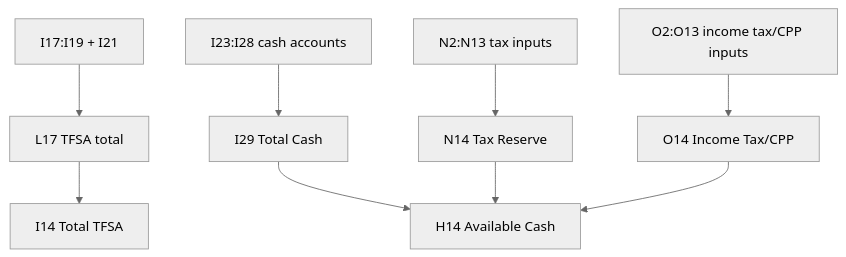
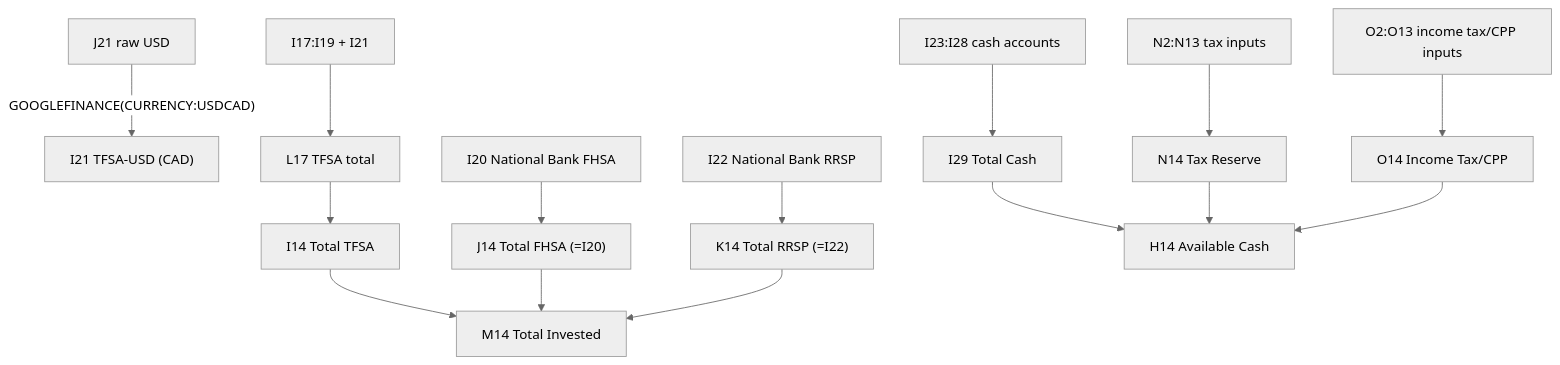
The diagram in docs/03_Google_Sheet_Data_Model.md (Geng-Geng8/personal-finance-assets), drawn with Mermaid (neutral theme) before and after one commit. The commit also changed other lines of this file and 5 other files, not shown here.

Commit message:
docs(wealth): record production state for National Bank Wealth editing release

````diff
--- a/docs/03_Google_Sheet_Data_Model.md
+++ b/docs/03_Google_Sheet_Data_Model.md
@@ -86,11 +86,17 @@
 ```mermaid
 flowchart TD
+    J21["J21 raw USD"] -->|"GOOGLEFINANCE(CURRENCY:USDCAD)"| I21["I21 TFSA-USD (CAD)"]
     TFSA["I17:I19 + I21"] --> L17["L17 TFSA total"]
     L17 --> I14["I14 Total TFSA"]
+    I20["I20 National Bank FHSA"] --> J14["J14 Total FHSA (=I20)"]
+    I22["I22 National Bank RRSP"] --> K14["K14 Total RRSP (=I22)"]
+    I14 --> M14["M14 Total Invested"]
+    J14 --> M14
+    K14 --> M14
     CASH["I23:I28 cash accounts"] --> I29["I29 Total Cash"]
     N["N2:N13 tax inputs"] --> N14["N14 Tax Reserve"]
     O["O2:O13 income tax/CPP inputs"] --> O14["O14 Income Tax/CPP"]
     I29 --> H14["H14 Available Cash"]
     N14 --> H14
     O14 --> H14
 ```
````
